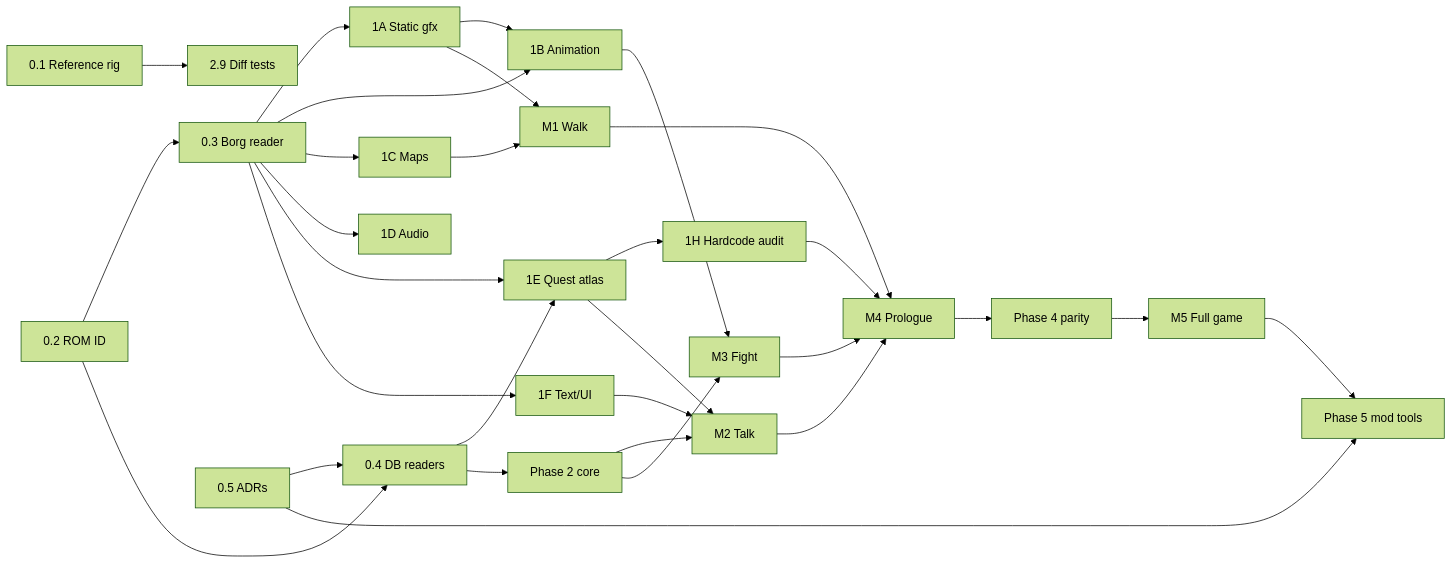
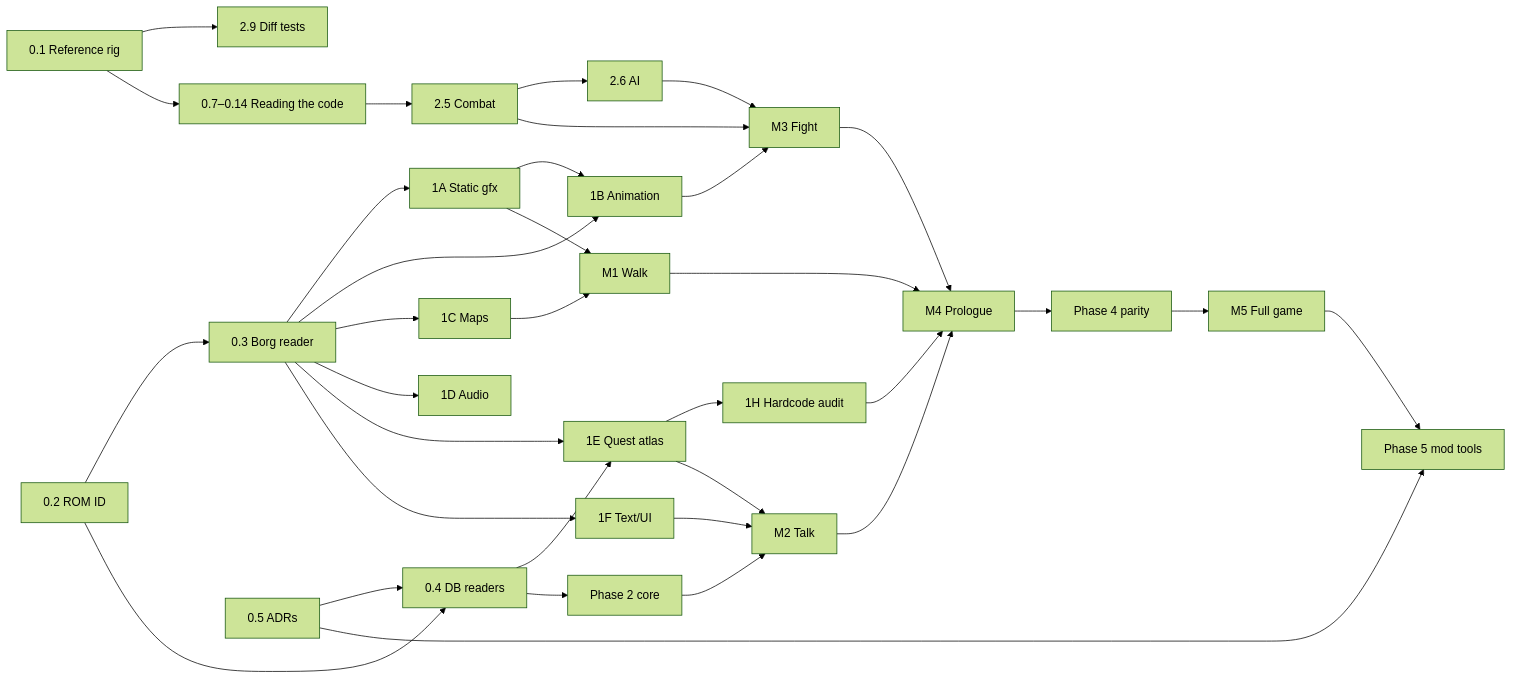
Before and after one commit to Aquatakat/hbht: the diagram in docs/roadmap.md, drawn with Mermaid (forest theme). The commit also changed other lines of this file and 8 other files, not shown here.

````diff
--- a/docs/roadmap.md
+++ b/docs/roadmap.md
@@ -188,20 +242,22 @@
 ```mermaid
 graph LR
   P01[0.1 Reference rig] --> P29[2.9 Diff tests]
+  P01 --> R[0.7–0.14 Reading the code]
   P02[0.2 ROM ID] --> P03[0.3 Borg reader]
   P02 --> P04[0.4 DB readers]
   P05[0.5 ADRs] --> P04
   P03 --> A[1A Static gfx] & B[1B Animation] & C[1C Maps] & D[1D Audio] & E[1E Quest atlas] & F[1F Text/UI]
   P04 --> E
   P04 --> CORE[Phase 2 core]
   E --> H[1H Hardcode audit]
   A --> B
   A & C --> M1[M1 Walk]
   E & F & CORE --> M2[M2 Talk]
-  B & CORE --> M3[M3 Fight]
+  R --> P25[2.5 Combat] --> P26[2.6 AI]
+  B & P25 & P26 --> M3[M3 Fight]
   M1 & M2 & M3 --> M4[M4 Prologue]
   H --> M4
   M4 --> P4[Phase 4 parity] --> M5[M5 Full game]
   P05 --> P5[Phase 5 mod tools]
   M5 --> P5
 ```
````
